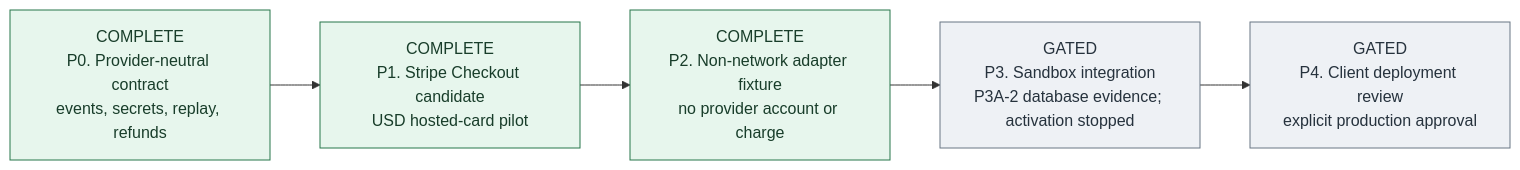
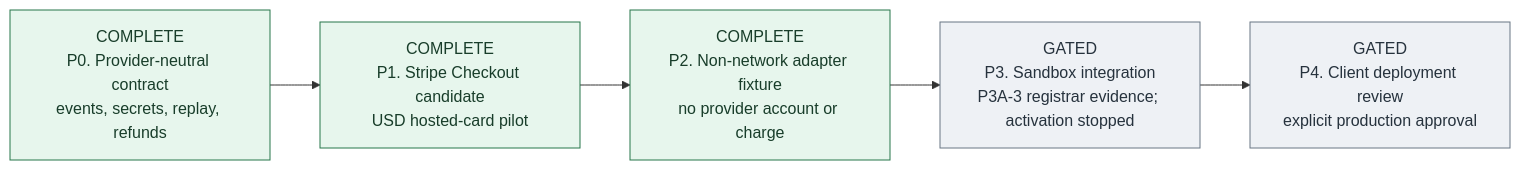
One commit to orojas01-glitch/redcms changed the third of 3 diagrams in docs/ADD-ON-PLATFORM-STATUS.md. Above: the diagram before and after it, drawn with Mermaid. The commit also changed other lines of this file and 11 other files, not shown here.

````diff
--- a/docs/ADD-ON-PLATFORM-STATUS.md
+++ b/docs/ADD-ON-PLATFORM-STATUS.md
@@ -94,15 +94,15 @@
 ```mermaid
 flowchart LR
     P0["COMPLETE<br/>P0. Provider-neutral contract<br/>events, secrets, replay, refunds"]
     P1["COMPLETE<br/>P1. Stripe Checkout candidate<br/>USD hosted-card pilot"]
     P2["COMPLETE<br/>P2. Non-network adapter fixture<br/>no provider account or charge"]
-    P3["GATED<br/>P3. Sandbox integration<br/>P3A-2 database evidence; activation stopped"]
+    P3["GATED<br/>P3. Sandbox integration<br/>P3A-3 registrar evidence; activation stopped"]
     P4["GATED<br/>P4. Client deployment review<br/>explicit production approval"]
 
     P0 --> P1 --> P2 --> P3 --> P4
 
     classDef complete fill:#e7f6ed,stroke:#27764a,color:#183d2a;
     classDef gated fill:#eef1f5,stroke:#697684,color:#26323d;
     class P0,P1,P2 complete;
     class P3,P4 gated;
 ```
````
